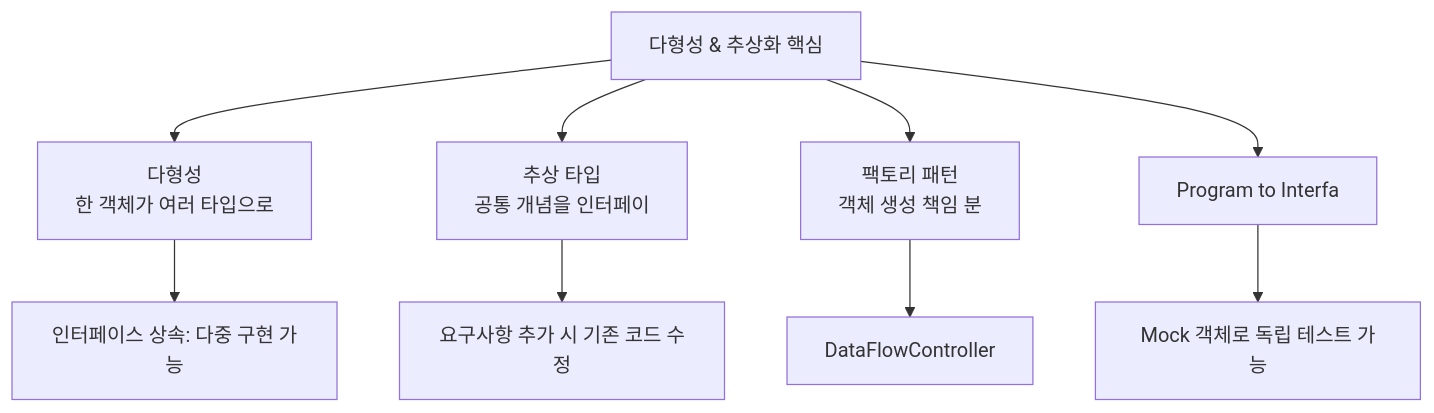
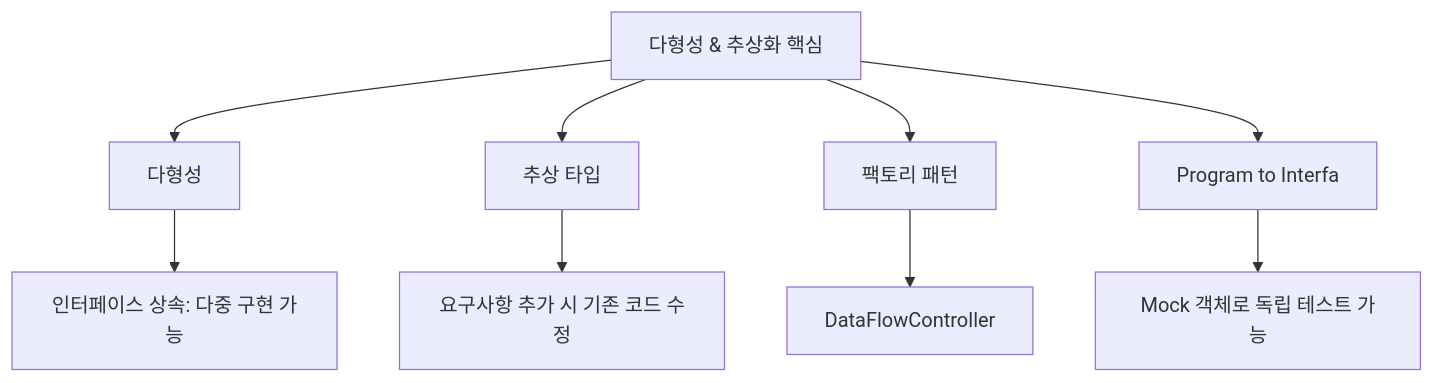
The sixth of 6 diagrams in _posts/java/2021-11-14-java-objects2.md (yjkim2015/yjkim2015.github.io), drawn with Mermaid before and after one commit. The commit also changed other lines of this file and 217 other files, not shown here.

First line of the commit message:
Mermaid 크기 수정: useMaxWidth:true + SVG max-width:100% + 라벨 축소

````diff
--- a/_posts/java/2021-11-14-java-objects2.md
+++ b/_posts/java/2021-11-14-java-objects2.md
@@ -274,11 +274,11 @@
 ```mermaid
 graph TD
-    A["다형성 & 추상화 핵심"] --> B["다형성\n한 객체가 여러 타입으로"]
-    A --> C["추상 타입\n공통 개념을 인터페이"]
-    A --> D["팩토리 패턴\n객체 생성 책임 분"]
+    A["다형성 & 추상화 핵심"] --> B["다형성"]
+    A --> C["추상 타입"]
+    A --> D["팩토리 패턴"]
     A --> E["Program to Interfa"]
     B --> B1["인터페이스 상속: 다중 구현 가능"]
     C --> C1["요구사항 추가 시 기존 코드 수정"]
     D --> D1["DataFlowController"]
     E --> E1["Mock 객체로 독립 테스트 가능"]
 ```
````
